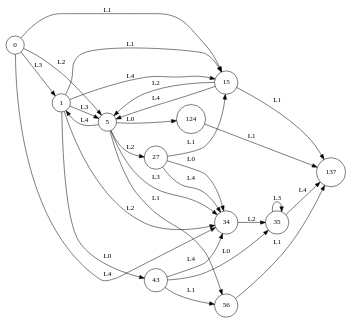
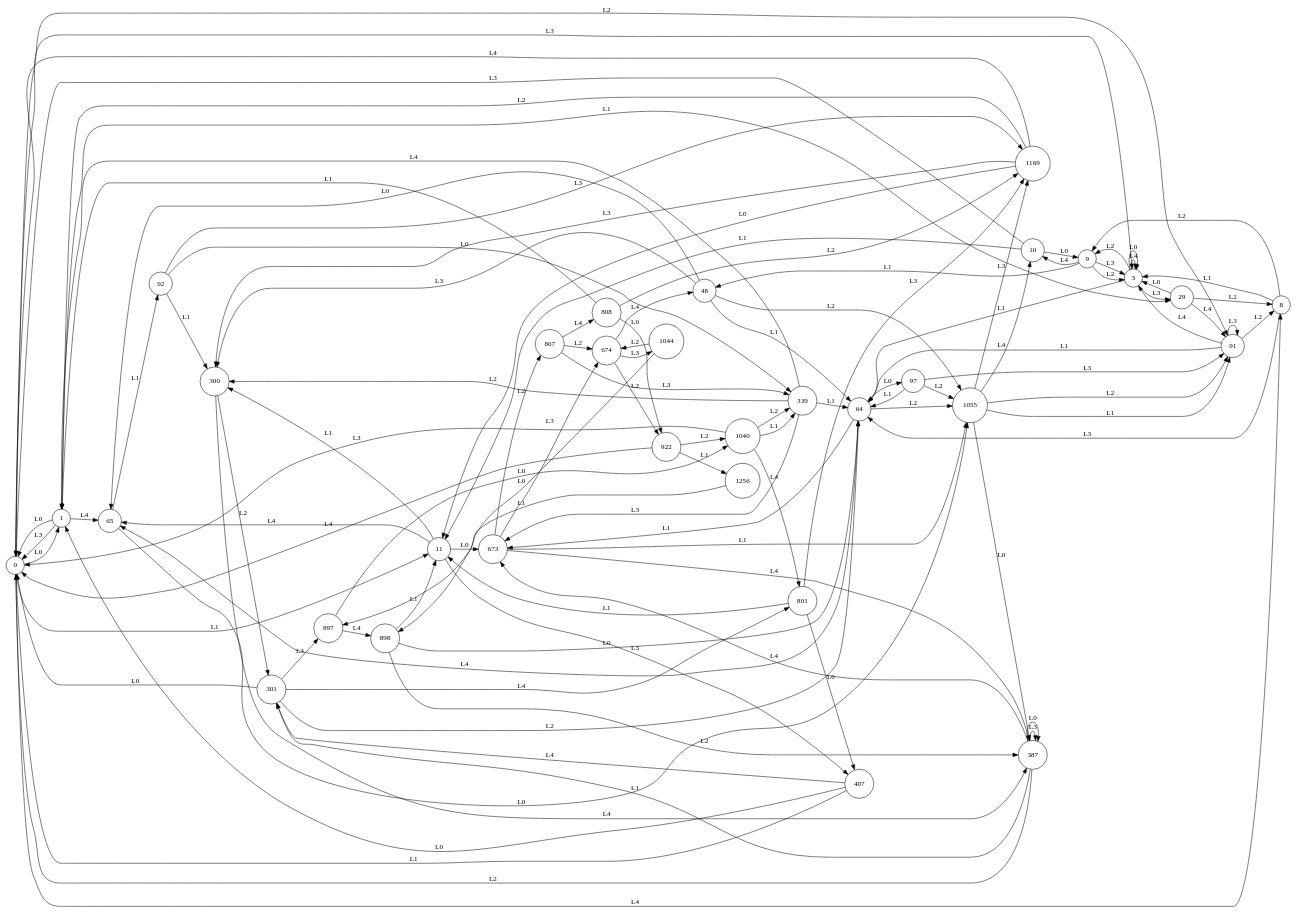
Before and after one commit to k85-ai/KB1: the diagram in learning_E0/learnt-automaton_10_2_5_1~3.dot, drawn with Graphviz. The commit also changed 403 other files, not shown here.

Commit message:
rerun basic edsm model and upload figure

```diff
--- a/learning_E0/learnt-automaton_10_2_5_1~3.dot
+++ b/learning_E0/learnt-automaton_10_2_5_1~3.dot
@@ -1,42 +1,144 @@
 digraph learntMachine {
   rankdir=LR;
   0 [shape=circle, label="0"];
   1 [shape=circle, label="1"];
-  5 [shape=circle, label="5"];
-  15 [shape=circle, label="15"];
-  27 [shape=circle, label="27"];
-  34 [shape=circle, label="34"];
-  35 [shape=circle, label="35"];
-  43 [shape=circle, label="43"];
-  56 [shape=circle, label="56"];
-  124 [shape=circle, label="124"];
-  137 [shape=circle, label="137"];
-  0 -> 1 [label="L3"];
-  1 -> 5 [label="L3"];
-  0 -> 5 [label="L2"];
-  5 -> 1 [label="L4"];
-  1 -> 15 [label="L1"];
-  0 -> 15 [label="L1"];
-  15 -> 5 [label="L4"];
-  1 -> 34 [label="L2"];
-  15 -> 5 [label="L2"];
-  5 -> 27 [label="L2"];
-  27 -> 34 [label="L4"];
-  0 -> 34 [label="L4"];
-  34 -> 35 [label="L2"];
-  35 -> 35 [label="L3"];
-  1 -> 43 [label="L0"];
-  43 -> 34 [label="L4"];
-  5 -> 56 [label="L1"];
-  56 -> 137 [label="L1"];
-  5 -> 34 [label="L3"];
-  43 -> 35 [label="L0"];
-  43 -> 56 [label="L1"];
-  5 -> 124 [label="L0"];
-  124 -> 137 [label="L1"];
-  1 -> 15 [label="L4"];
-  27 -> 34 [label="L0"];
-  35 -> 137 [label="L4"];
-  27 -> 15 [label="L1"];
-  15 -> 137 [label="L1"];
+  3 [shape=circle, label="3"];
+  8 [shape=circle, label="8"];
+  9 [shape=circle, label="9"];
+  10 [shape=circle, label="10"];
+  11 [shape=circle, label="11"];
+  29 [shape=circle, label="29"];
+  48 [shape=circle, label="48"];
+  64 [shape=circle, label="64"];
+  65 [shape=circle, label="65"];
+  91 [shape=circle, label="91"];
+  92 [shape=circle, label="92"];
+  97 [shape=circle, label="97"];
+  300 [shape=circle, label="300"];
+  301 [shape=circle, label="301"];
+  339 [shape=circle, label="339"];
+  387 [shape=circle, label="387"];
+  407 [shape=circle, label="407"];
+  673 [shape=circle, label="673"];
+  674 [shape=circle, label="674"];
+  801 [shape=circle, label="801"];
+  807 [shape=circle, label="807"];
+  808 [shape=circle, label="808"];
+  897 [shape=circle, label="897"];
+  898 [shape=circle, label="898"];
+  922 [shape=circle, label="922"];
+  1040 [shape=circle, label="1040"];
+  1044 [shape=circle, label="1044"];
+  1055 [shape=circle, label="1055"];
+  1169 [shape=circle, label="1169"];
+  1256 [shape=circle, label="1256"];
+  0 -> 1 [label="L0"];
+  1 -> 0 [label="L0"];
+  3 -> 9 [label="L2"];
+  0 -> 8 [label="L4"];
+  8 -> 9 [label="L2"];
+  9 -> 10 [label="L4"];
+  10 -> 11 [label="L1"];
+  11 -> 300 [label="L1"];
+  1 -> 0 [label="L3"];
+  1 -> 29 [label="L1"];
+  29 -> 91 [label="L4"];
+  9 -> 48 [label="L1"];
+  48 -> 64 [label="L1"];
+  29 -> 8 [label="L2"];
+  8 -> 64 [label="L3"];
+  64 -> 65 [label="L4"];
+  65 -> 1055 [label="L0"];
+  48 -> 1055 [label="L2"];
+  65 -> 92 [label="L1"];
+  92 -> 1169 [label="L3"];
+  64 -> 97 [label="L0"];
+  97 -> 91 [label="L3"];
+  92 -> 300 [label="L1"];
+  3 -> 29 [label="L3"];
+  97 -> 1055 [label="L2"];
+  91 -> 3 [label="L4"];
+  10 -> 9 [label="L0"];
+  97 -> 64 [label="L1"];
+  48 -> 300 [label="L3"];
+  300 -> 301 [label="L2"];
+  301 -> 64 [label="L2"];
+  92 -> 339 [label="L0"];
+  339 -> 300 [label="L2"];
+  300 -> 387 [label="L4"];
+  387 -> 0 [label="L2"];
+  11 -> 407 [label="L3"];
+  407 -> 301 [label="L4"];
+  3 -> 3 [label="L4"];
+  91 -> 8 [label="L2"];
+  11 -> 673 [label="L0"];
+  673 -> 674 [label="L3"];
+  674 -> 48 [label="L4"];
+  339 -> 673 [label="L3"];
+  801 -> 407 [label="L0"];
+  673 -> 807 [label="L2"];
+  807 -> 808 [label="L4"];
+  808 -> 1169 [label="L2"];
+  807 -> 674 [label="L2"];
+  301 -> 897 [label="L3"];
+  897 -> 898 [label="L4"];
+  674 -> 922 [label="L2"];
+  922 -> 0 [label="L4"];
+  897 -> 1040 [label="L0"];
+  1044 -> 674 [label="L2"];
+  1055 -> 10 [label="L4"];
+  387 -> 301 [label="L1"];
+  1169 -> 0 [label="L4"];
+  1256 -> 897 [label="L1"];
+  898 -> 11 [label="L1"];
+  0 -> 3 [label="L3"];
+  0 -> 91 [label="L2"];
+  407 -> 1 [label="L0"];
+  674 -> 1044 [label="L3"];
+  898 -> 64 [label="L0"];
+  91 -> 64 [label="L1"];
+  91 -> 91 [label="L3"];
+  9 -> 3 [label="L2"];
+  10 -> 0 [label="L3"];
+  3 -> 3 [label="L0"];
+  29 -> 3 [label="L0"];
+  3 -> 64 [label="L1"];
+  64 -> 1055 [label="L2"];
+  9 -> 3 [label="L3"];
+  922 -> 1256 [label="L1"];
+  1055 -> 1169 [label="L3"];
+  8 -> 3 [label="L1"];
+  387 -> 387 [label="L3"];
+  1055 -> 91 [label="L2"];
+  1169 -> 1 [label="L2"];
+  1169 -> 300 [label="L3"];
+  1055 -> 91 [label="L1"];
+  1169 -> 11 [label="L0"];
+  673 -> 1055 [label="L1"];
+  1040 -> 339 [label="L2"];
+  1 -> 65 [label="L4"];
+  1040 -> 339 [label="L1"];
+  64 -> 673 [label="L1"];
+  387 -> 673 [label="L4"];
+  801 -> 11 [label="L1"];
+  807 -> 339 [label="L3"];
+  922 -> 1040 [label="L2"];
+  673 -> 387 [label="L4"];
+  808 -> 1 [label="L1"];
+  1055 -> 387 [label="L0"];
+  387 -> 387 [label="L0"];
+  808 -> 922 [label="L0"];
+  801 -> 1169 [label="L3"];
+  301 -> 0 [label="L0"];
+  301 -> 801 [label="L4"];
+  0 -> 11 [label="L1"];
+  11 -> 65 [label="L4"];
+  48 -> 65 [label="L0"];
+  1044 -> 898 [label="L0"];
+  339 -> 1 [label="L4"];
+  1040 -> 801 [label="L4"];
+  339 -> 64 [label="L1"];
+  407 -> 0 [label="L1"];
+  898 -> 387 [label="L2"];
+  1040 -> 0 [label="L3"];
 }
```
